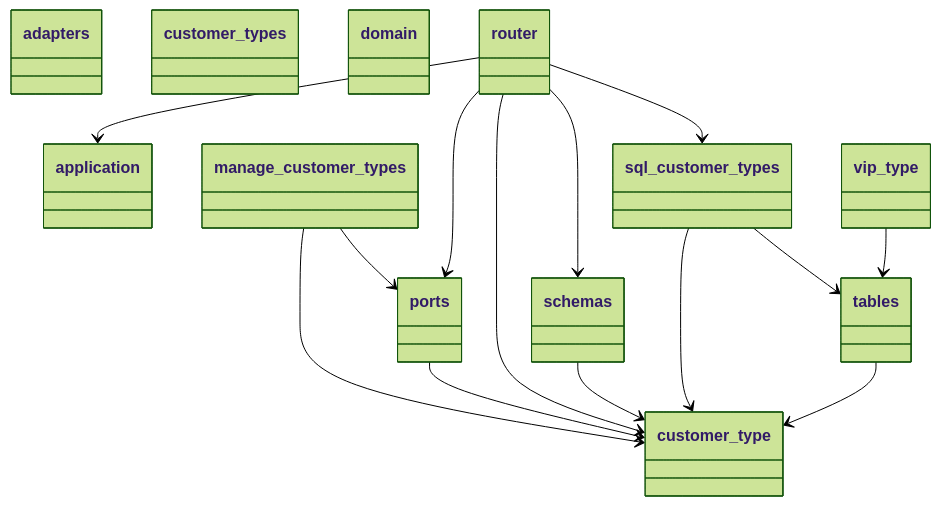
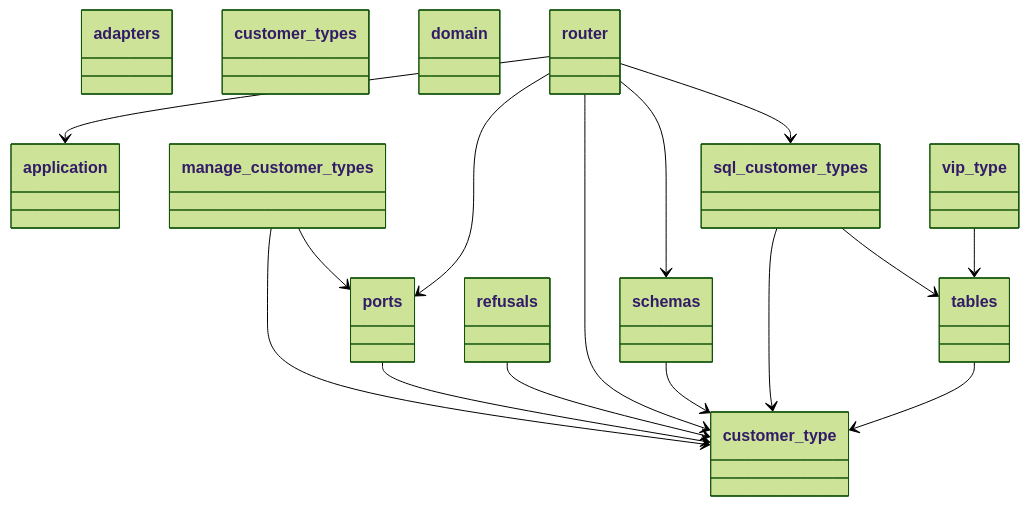
One commit to GonzaloZevallos/apostrophe changed the first of 4 diagrams in docs/architecture/generated/classes/customer_types.md. Above: the diagram before and after it, drawn with Mermaid (forest theme). The commit also changed 4 other files, not shown here.

````diff
--- a/docs/architecture/generated/classes/customer_types.md
+++ b/docs/architecture/generated/classes/customer_types.md
@@ -7,40 +7,43 @@
 ```mermaid
 classDiagram
   class adapters {
   }
   class application {
   }
   class customer_type {
   }
   class customer_types {
   }
   class domain {
   }
   class manage_customer_types {
   }
   class ports {
   }
+  class refusals {
+  }
   class router {
   }
   class schemas {
   }
   class sql_customer_types {
   }
   class tables {
   }
   class vip_type {
   }
   manage_customer_types --> customer_type
   manage_customer_types --> ports
   ports --> customer_type
+  refusals --> customer_type
   router --> application
   router --> customer_type
   router --> ports
   router --> schemas
   router --> sql_customer_types
   schemas --> customer_type
   sql_customer_types --> customer_type
   sql_customer_types --> tables
   tables --> customer_type
   vip_type --> tables
 ```
````
